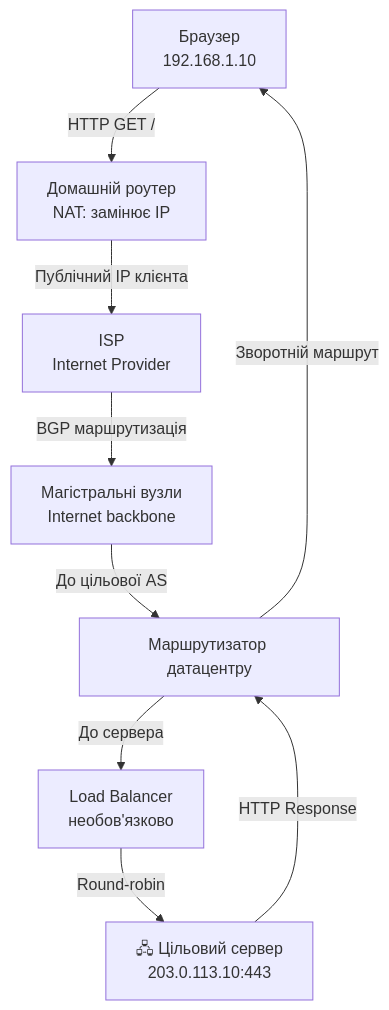
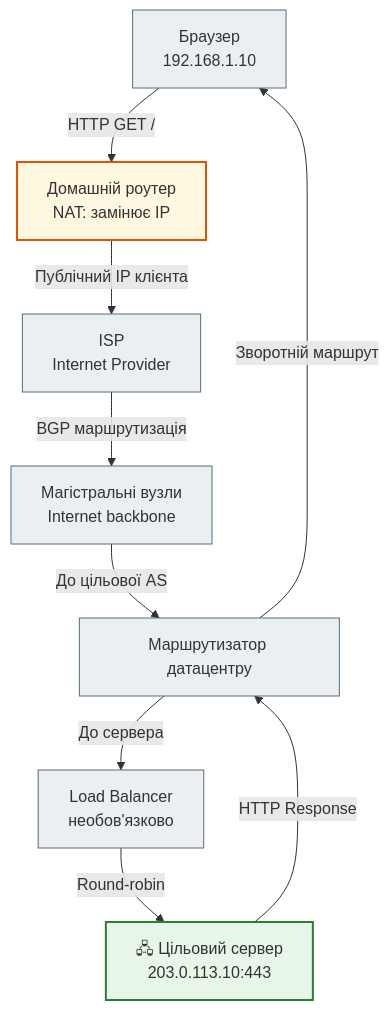
The second of 12 diagrams in docs/01_web_foundations/network_mermaid_full.md (NikoriakViktot/notes_chat_app), drawn with Mermaid before and after one commit. The commit also changed other lines of this file and 441 other files, not shown here.

First line of the commit message:
Add English version of the book, Mermaid standard, docs fixes

````diff
--- a/docs/01_web_foundations/network_mermaid_full.md
+++ b/docs/01_web_foundations/network_mermaid_full.md
@@ -26,11 +34,19 @@
 ```mermaid
 graph TD
-    Browser[Браузер\n192.168.1.10] -->|HTTP GET /| HomeRouter[Домашній роутер\nNAT: замінює IP]
-    HomeRouter -->|Публічний IP клієнта| ISP[ISP\nInternet Provider]
-    ISP -->|BGP маршрутизація| InternetCore[Магістральні вузли\nInternet backbone]
+    Browser["Браузер<br>192.168.1.10"] -->|HTTP GET /| HomeRouter["Домашній роутер<br>NAT: замінює IP"]
+    HomeRouter -->|Публічний IP клієнта| ISP["ISP<br>Internet Provider"]
+    ISP -->|BGP маршрутизація| InternetCore["Магістральні вузли<br>Internet backbone"]
     InternetCore -->|До цільової AS| DatacenterRouter[Маршрутизатор датацентру]
-    DatacenterRouter -->|До сервера| LB[Load Balancer\nнеобов'язково]
-    LB -->|Round-robin| Server[🖧 Цільовий сервер\n203.0.113.10:443]
+    DatacenterRouter -->|До сервера| LB["Load Balancer<br>необов'язково"]
+    LB -->|Round-robin| Server["🖧 Цільовий сервер<br>203.0.113.10:443"]
     Server -->|HTTP Response| DatacenterRouter
     DatacenterRouter -->|Зворотній маршрут| Browser
+
+    classDef step     fill:#eceff1,stroke:#546e7a,stroke-width:1px;
+    classDef success  fill:#e8f5e9,stroke:#2e7d32,stroke-width:2px;
+    classDef warning  fill:#fff8e1,stroke:#e65100,stroke-width:2px;
+
+    class Browser,ISP,InternetCore,DatacenterRouter,LB step;
+    class HomeRouter warning;
+    class Server success;
 ```
````
